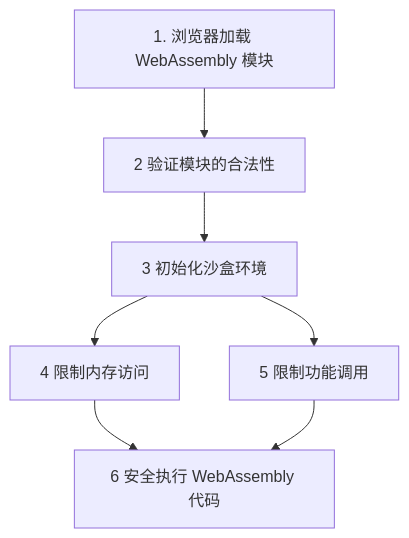
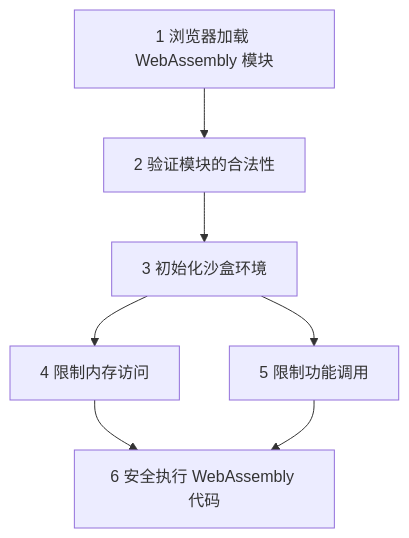
The second of 3 diagrams in C#/Blazor/003_WebAssembly 在浏览器的沙盒环境中运行.md (uwspstar/20-Day-Challenge-List), drawn with Mermaid before and after one commit.

Commit message:
Update 003_WebAssembly 在浏览器的沙盒环境中运行.md

````diff
--- a/C#/Blazor/003_WebAssembly 在浏览器的沙盒环境中运行.md
+++ b/C#/Blazor/003_WebAssembly 在浏览器的沙盒环境中运行.md
@@ -154,9 +154,9 @@
 ```mermaid
 graph TD
-    A[1. 浏览器加载 WebAssembly 模块] --> B[2 验证模块的合法性]
+    A[1 浏览器加载 WebAssembly 模块] --> B[2 验证模块的合法性]
     B --> C[3 初始化沙盒环境]
     C --> D[4 限制内存访问]
     C --> E[5 限制功能调用]
     D --> F[6 安全执行 WebAssembly 代码]
     E --> F
 ```
````
